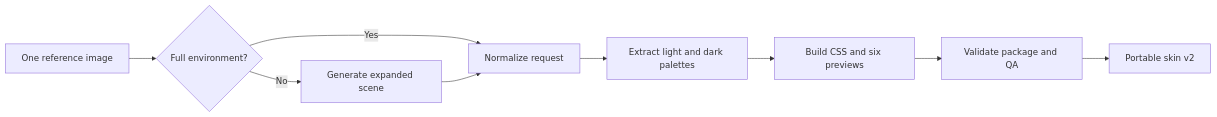
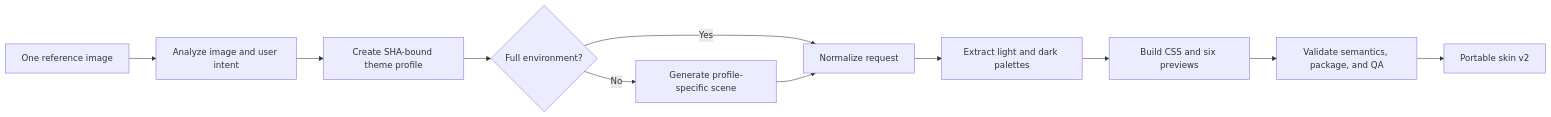
The diagram in docs/SKIN_STUDIO_MVP.md (chromapaw/codex-chromapaw), drawn with Mermaid before and after one commit. The commit also changed other lines of this file and 28 other files, not shown here.

````diff
--- a/docs/SKIN_STUDIO_MVP.md
+++ b/docs/SKIN_STUDIO_MVP.md
@@ -9,11 +9,13 @@
 ```mermaid
 flowchart LR
-    A["One reference image"] --> B{"Full environment?"}
-    B -->|"Yes"| D["Normalize request"]
-    B -->|"No"| C["Generate expanded scene"]
-    C --> D
-    D --> E["Extract light and dark palettes"]
-    E --> F["Build CSS and six previews"]
-    F --> G["Validate package and QA"]
-    G --> H["Portable skin v2"]
+    A["One reference image"] --> B["Analyze image and user intent"]
+    B --> C["Create SHA-bound theme profile"]
+    C --> D{"Full environment?"}
+    D -->|"Yes"| F["Normalize request"]
+    D -->|"No"| E["Generate profile-specific scene"]
+    E --> F
+    F --> G["Extract light and dark palettes"]
+    G --> H["Build CSS and six previews"]
+    H --> I["Validate semantics, package, and QA"]
+    I --> J["Portable skin v2"]
 ```
````
